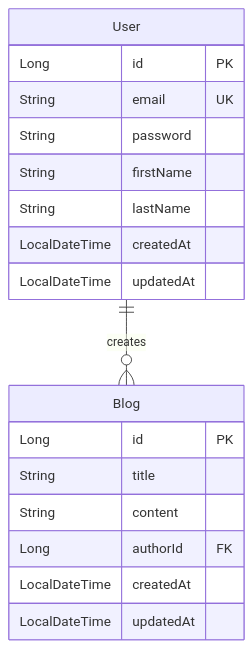
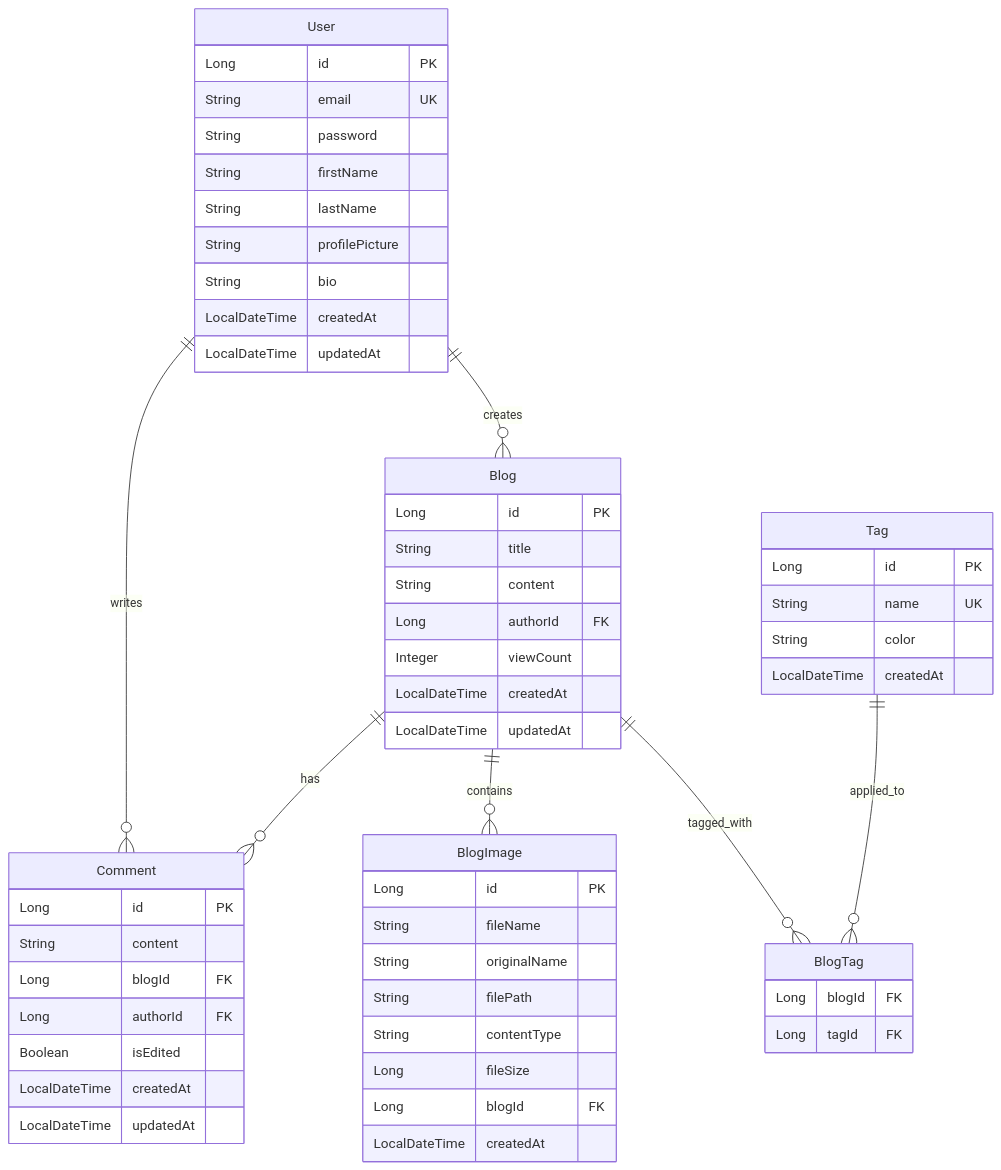
Before and after one commit to Syedkaif29/BlogApp: the third of 3 diagrams in .kiro/specs/blog-application/design.md, drawn with Mermaid. The commit also changed other lines of this file and 62 other files, not shown here.

````diff
--- a/.kiro/specs/blog-application/design.md
+++ b/.kiro/specs/blog-application/design.md
@@ -130,23 +154,64 @@
 ```mermaid
 erDiagram
     User {
         Long id PK
         String email UK
         String password
         String firstName
         String lastName
+        String profilePicture
+        String bio
         LocalDateTime createdAt
         LocalDateTime updatedAt
     }
     
     Blog {
         Long id PK
         String title
         String content
         Long authorId FK
+        Integer viewCount
         LocalDateTime createdAt
         LocalDateTime updatedAt
     }
     
+    Tag {
+        Long id PK
+        String name UK
+        String color
+        LocalDateTime createdAt
+    }
+    
+    BlogTag {
+        Long blogId FK
+        Long tagId FK
+    }
+    
+    Comment {
+        Long id PK
+        String content
+        Long blogId FK
+        Long authorId FK
+        Boolean isEdited
+        LocalDateTime createdAt
+        LocalDateTime updatedAt
+    }
+    
+    BlogImage {
+        Long id PK
+        String fileName
+        String originalName
+        String filePath
+        String contentType
+        Long fileSize
+        Long blogId FK
+        LocalDateTime createdAt
+    }
+    
     User ||--o{ Blog : creates
+    User ||--o{ Comment : writes
+    Blog ||--o{ Comment : has
+    Blog ||--o{ BlogImage : contains
+    Blog ||--o{ BlogTag : tagged_with
+    Tag ||--o{ BlogTag : applied_to
 ```
````
